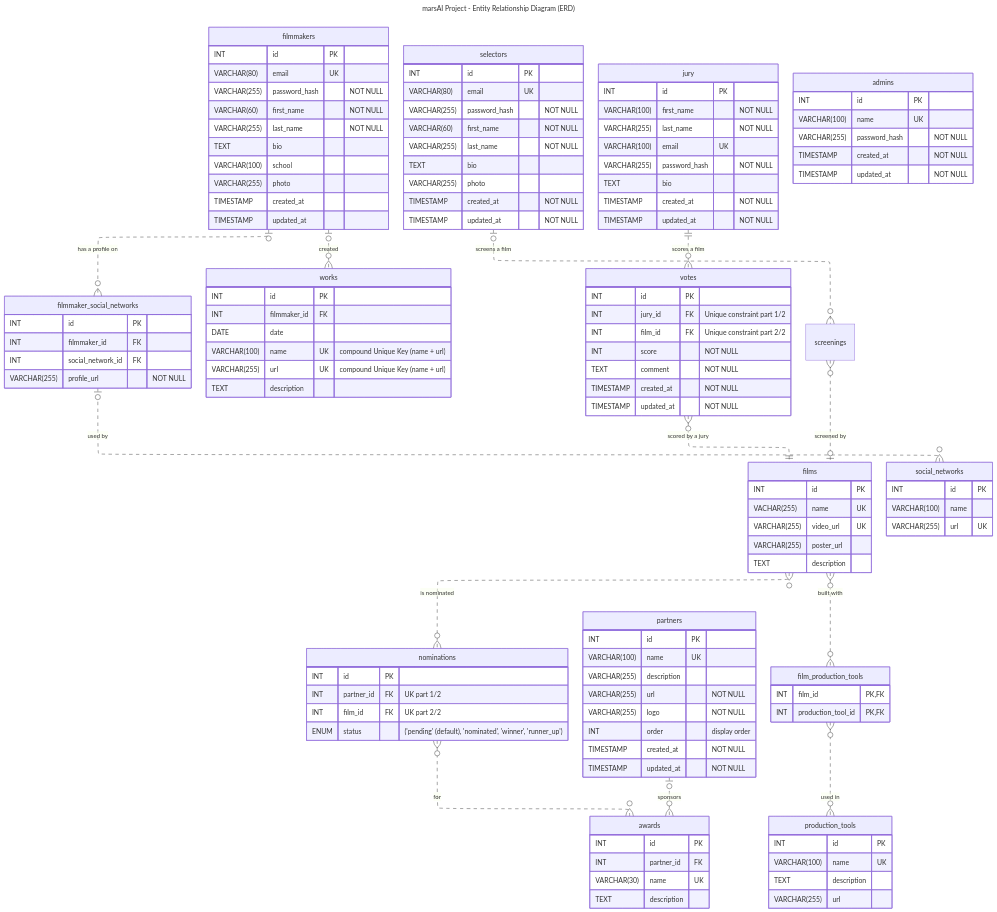
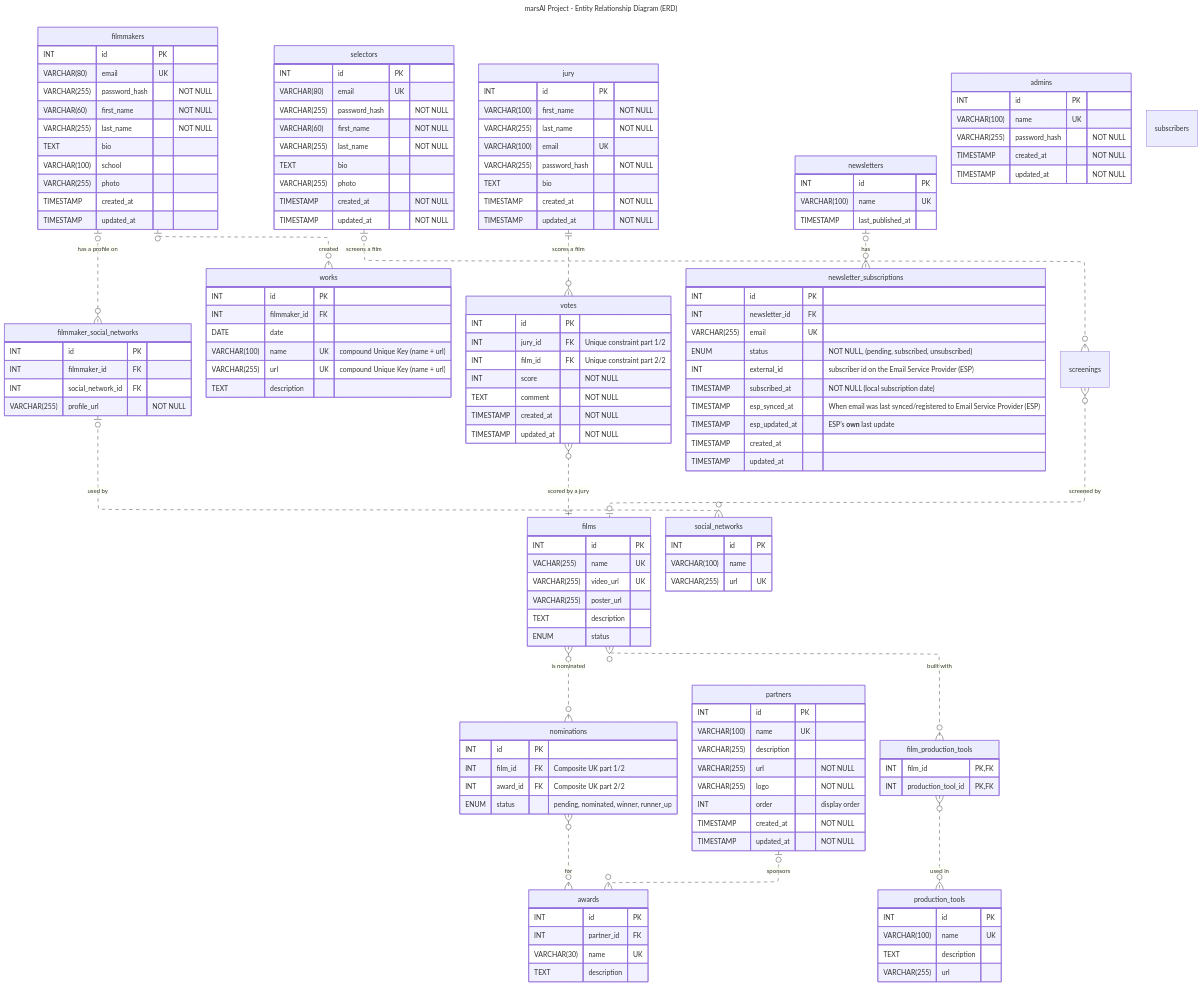
One commit to ebouchut/mars-ai-project changed the first of 2 diagrams in README.md. Above: the diagram before and after it, drawn with Mermaid. The commit also changed other lines of this file, not shown here.

Commit message:
docs(README): Add DB tables for newsletters to the ERD diagram

````diff
--- a/README.md
+++ b/README.md
@@ -154,14 +153,15 @@
       VARCHAR(255)   video_url     UK
       VARCHAR(255)   poster_url
       TEXT           description
+      ENUM            status
     }
     nominations {
       INT             id           PK
 
-      INT             partner_id   FK "UK part 1/2"
-      INT             film_id      FK "UK part 2/2"
+      INT             film_id      FK "Composite UK part 1/2"
+      INT             award_id     FK "Composite UK part 2/2"
 
-      ENUM            status          "('pending' (default), 'nominated', 'winner', 'runner_up')"
+      ENUM            status          "pending, nominated, winner, runner_up"
     }
     awards {
       INT             id           PK
@@ -174,7 +174,7 @@
         VARCHAR(80)   email         UK
         VARCHAR(255)  password_hash     "NOT NULL"
         VARCHAR(60)   first_name        "NOT NULL"
-        VARCHAR(255)  last_name          "NOT NULL"
+        VARCHAR(255)  last_name         "NOT NULL"
         TEXT          bio
         VARCHAR(100)  school
         VARCHAR(255)  photo
@@ -219,8 +219,8 @@
         VARCHAR(100)  email          UK
         VARCHAR(255)  password_hash      "NOT NULL"
         TEXT          bio
-        TIMESTAMP     created_at        "NOT NULL"
-        TIMESTAMP     updated_at        "NOT NULL"
+        TIMESTAMP     created_at         "NOT NULL"
+        TIMESTAMP     updated_at         "NOT NULL"
     }
     votes {
         INT           id            PK
@@ -253,6 +253,25 @@
         TEXT          description
         VARCHAR(255)  url
     }
+    newsletters {
+        INT           id                 PK
+        VARCHAR(100)  name               UK
+        TIMESTAMP     last_published_at     
+    }
+    newsletter_subscriptions {
+        INT           id                 PK
+        INT           newsletter_id      FK
+        VARCHAR(255)  email              UK
+        ENUM          status                 "NOT NULL, (pending, subscribed, unsubscribed)"
+        INT           external_id            "subscriber id  on the Email Service Provider (ESP)"
+
+        TIMESTAMP     subscribed_at          "NOT NULL (local subscription date)"
+        TIMESTAMP     esp_synced_at          "When email was last synced/registered to Email Service Provider (ESP)"
+        TIMESTAMP     esp_updated_at         "ESP’s **own** last update"
+
+        TIMESTAMP     created_at
+        TIMESTAMP     updated_at
+    }
     admins {
         INT           id            PK
         VARCHAR(100)  name          UK
@@ -280,4 +299,6 @@
 
     films                 o{..}o film_production_tools   : "built with"
     film_production_tools o{..}o production_tools : "used in"
+
+    newsletters o|..o{ newsletter_subscriptions : has subscribers
 ```
````
